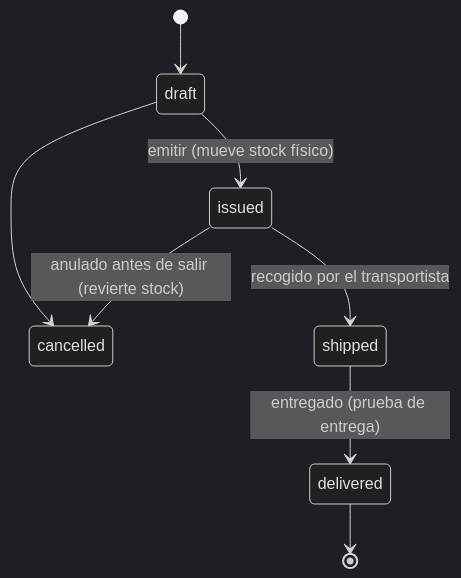
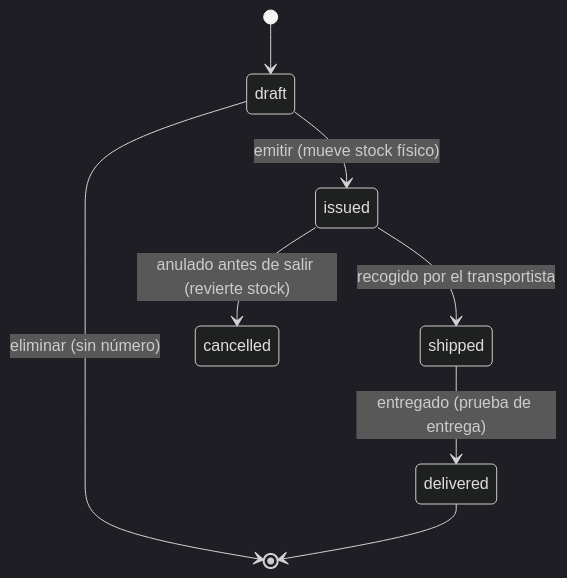
The fifth of 14 diagrams in docs/03-maquinas-estado.md (pedrolivaresanchez/winecore), drawn with Mermaid (dark theme) before and after one commit. The commit also changed other lines of this file and 29 other files, not shown here.

First line of the commit message:
feat(ventas): eliminar borradores sin consumir numeración

````diff
--- a/docs/03-maquinas-estado.md
+++ b/docs/03-maquinas-estado.md
@@ -94,10 +95,10 @@
 ```mermaid
 stateDiagram-v2
   [*] --> draft
   draft --> issued: emitir (mueve stock físico)
-  draft --> cancelled
+  draft --> [*]: eliminar (sin número)
   issued --> shipped: recogido por el transportista
   issued --> cancelled: anulado antes de salir (revierte stock)
   shipped --> delivered: entregado (prueba de entrega)
   delivered --> [*]
 ```
````
